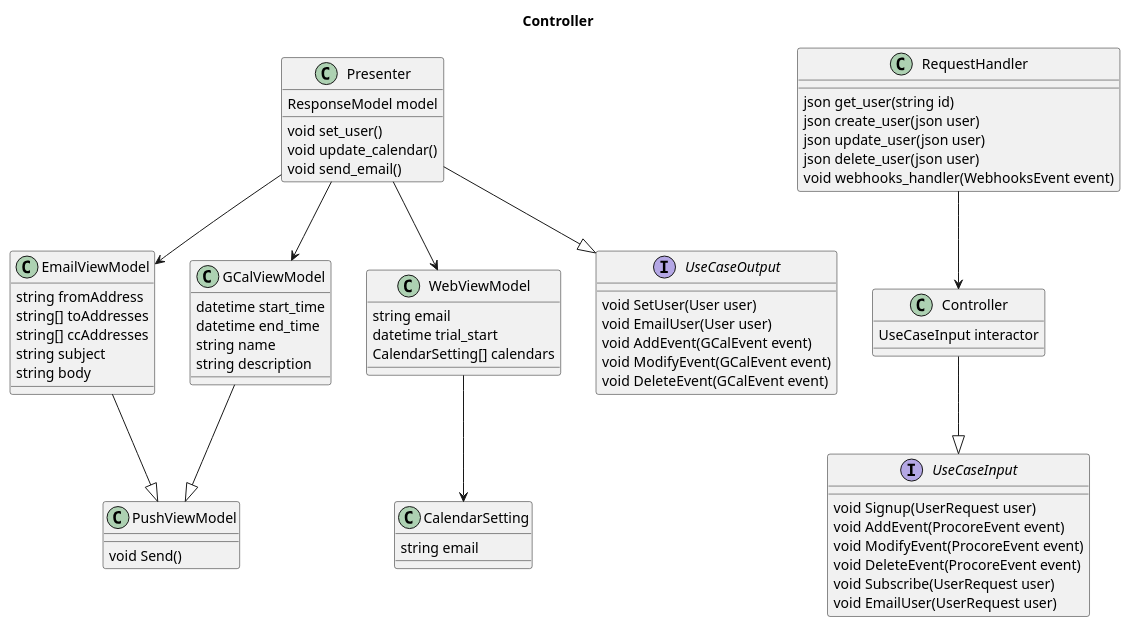
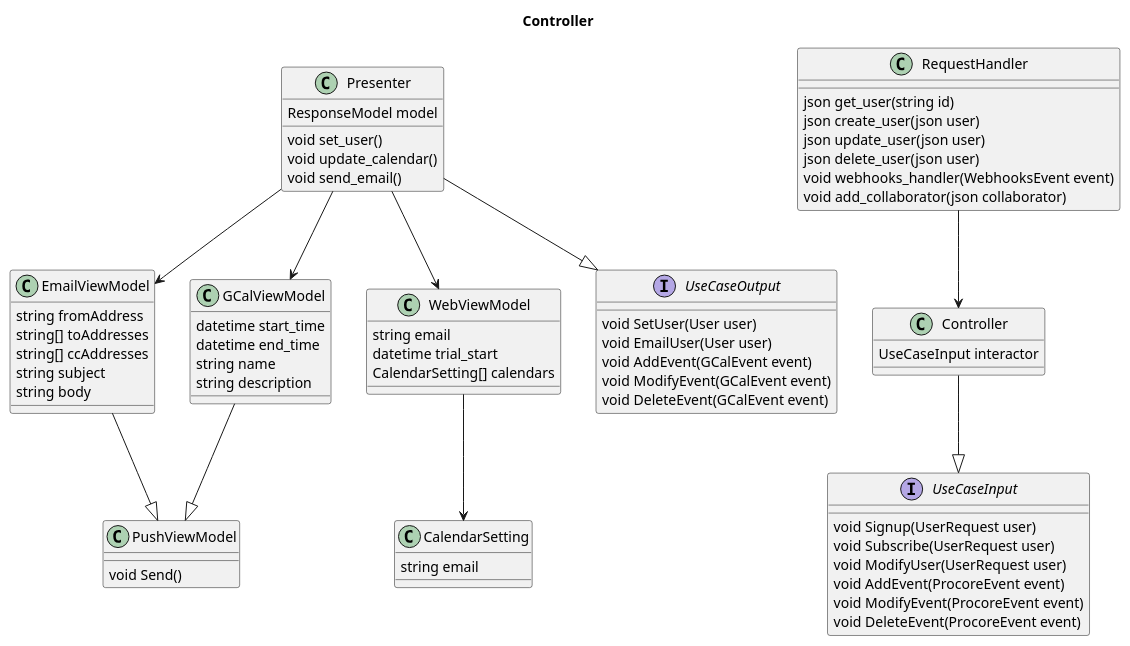
The diagram in diagrams/controller.wsd (adhurjaty/procore-gcal), drawn with PlantUML before and after one commit. The commit also changed 3 other files, not shown here.

```diff
--- a/diagrams/controller.wsd
+++ b/diagrams/controller.wsd
@@ -1,79 +1,80 @@
 @startuml
 title Controller
 
 class PushViewModel {
     void Send()
 }
 
 class EmailViewModel {
     string fromAddress
     string[] toAddresses
     string[] ccAddresses
     string subject
     string body
 }
 
 class CalendarSetting {
     string email
 }
 
 class WebViewModel {
     string email
     datetime trial_start
     CalendarSetting[] calendars
 }
 
 class GCalViewModel {
     datetime start_time
     datetime end_time
     string name
     string description
 }
 
 class RequestHandler {
     json get_user(string id)
     json create_user(json user)
     json update_user(json user)
     json delete_user(json user)
     void webhooks_handler(WebhooksEvent event)
+    void add_collaborator(json collaborator)
 }
 
 class Presenter {
     ResponseModel model
     void set_user()
     void update_calendar()
     void send_email()
 }
 
 class Controller {
     UseCaseInput interactor
 }
 
 interface UseCaseInput {
     void Signup(UserRequest user)
+    void Subscribe(UserRequest user)
+    void ModifyUser(UserRequest user)
     void AddEvent(ProcoreEvent event)
     void ModifyEvent(ProcoreEvent event)
     void DeleteEvent(ProcoreEvent event)
-    void Subscribe(UserRequest user)
-    void EmailUser(UserRequest user)
 }
 
 interface UseCaseOutput {
     void SetUser(User user)
     void EmailUser(User user)
     void AddEvent(GCalEvent event)
     void ModifyEvent(GCalEvent event)
     void DeleteEvent(GCalEvent event)
 }
 
 WebViewModel --> CalendarSetting
 GCalViewModel --|> PushViewModel
 EmailViewModel --|> PushViewModel
 Presenter --> EmailViewModel
 Presenter --> GCalViewModel
 Presenter --> WebViewModel
 RequestHandler --> Controller
 Controller --|> UseCaseInput
 Presenter --|> UseCaseOutput
 
 @enduml
```
